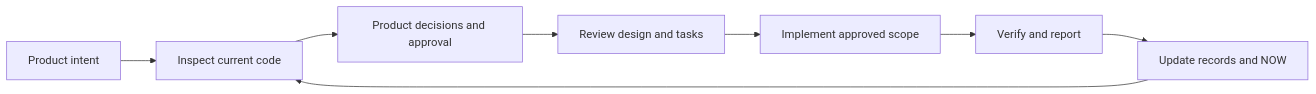
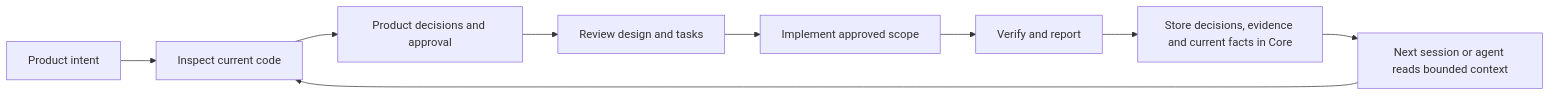
The diagram in README.en.md (msang710/SKIP), drawn with Mermaid before and after one commit. The commit also changed other lines of this file and 32 other files, not shown here.

````diff
--- a/README.en.md
+++ b/README.en.md
@@ -34,10 +37,11 @@
 ```mermaid
 flowchart LR
     A[Product intent] --> B[Inspect current code]
     B --> C[Product decisions and approval]
     C --> D[Review design and tasks]
     D --> E[Implement approved scope]
     E --> F[Verify and report]
-    F --> G[Update records and NOW]
-    G --> B
+    F --> G[Store decisions, evidence and current facts in Core]
+    G --> H[Next session or agent reads bounded context]
+    H --> B
 ```
````
